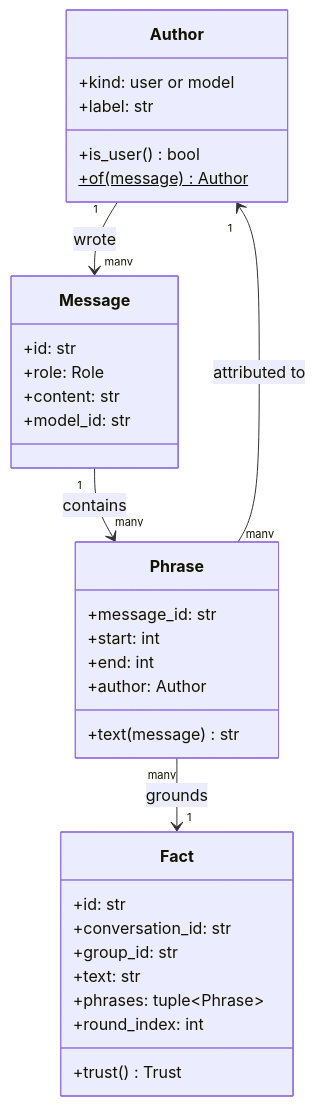
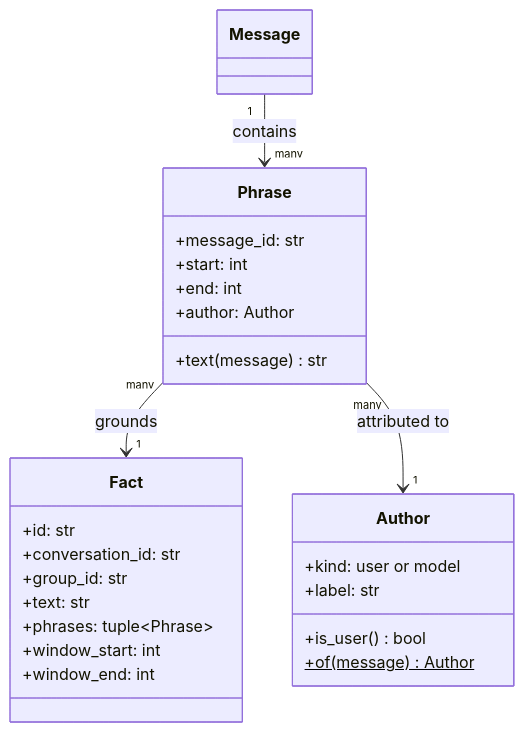
The diagram in docs/plans/2026-08-13-009-feat-grounded-fact-extraction-plan.md (Alorcus/agent_project), drawn with Mermaid before and after one commit. The commit also changed other lines of this file and 1 other file, not shown here.

````diff
--- a/docs/plans/2026-08-13-009-feat-grounded-fact-extraction-plan.md
+++ b/docs/plans/2026-08-13-009-feat-grounded-fact-extraction-plan.md
@@ -275,36 +74,28 @@
 ```mermaid
 classDiagram
     class Author {
         +kind: user or model
         +label: str
         +is_user() bool
         +of(message)$ Author
-    }
-    class Message {
-        +id: str
-        +role: Role
-        +content: str
-        +model_id: str
     }
     class Phrase {
         +message_id: str
         +start: int
         +end: int
         +author: Author
         +text(message) str
     }
     class Fact {
         +id: str
         +conversation_id: str
         +group_id: str
         +text: str
         +phrases: tuple~Phrase~
-        +round_index: int
-        +trust() Trust
+        +window_start: int
+        +window_end: int
     }
-
-    Author "1" --> "many" Message : wrote
     Message "1" --> "many" Phrase : contains
     Phrase "many" --> "1" Fact : grounds
     Phrase "many" --> "1" Author : attributed to
 ```
````
